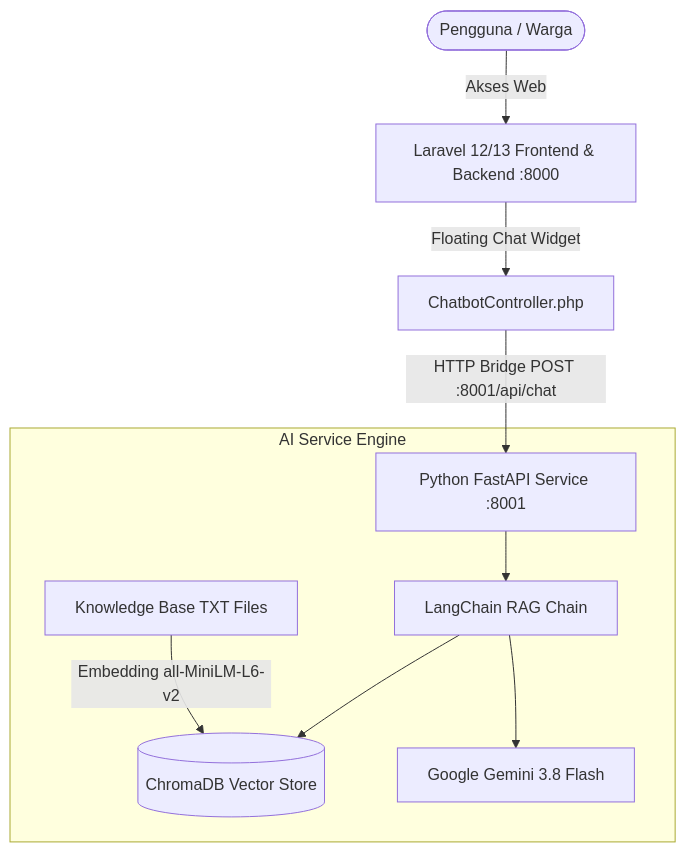
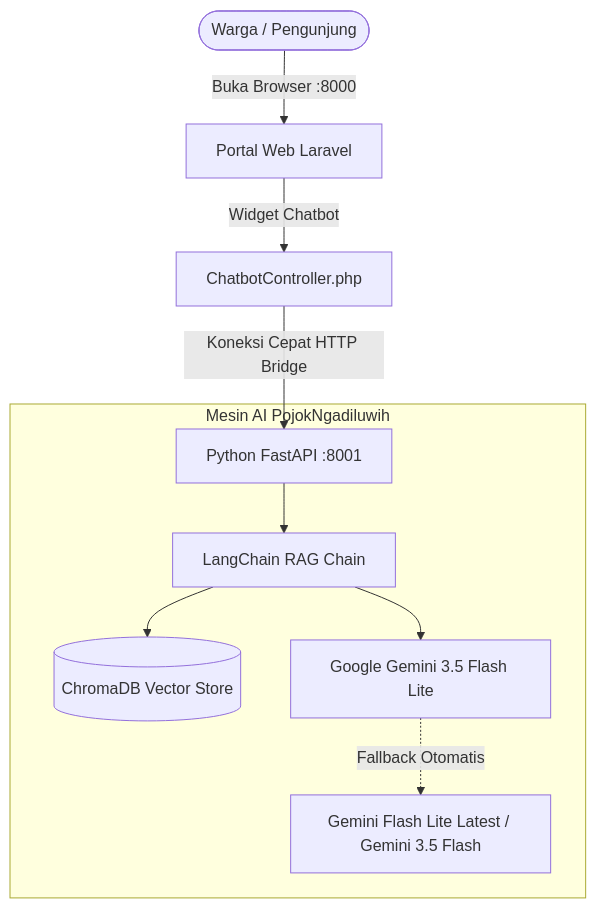
One commit to iqbalDt/pojokngadiluwih changed the diagram in DOKUMENTASI_PROYEK.md. Above: the diagram before and after it, drawn with Mermaid. The commit also changed other lines of this file and 5 other files, not shown here.

Commit message:
fix: optimize ai chatbot response speed, add gemini fallback, and update docs

````diff
--- a/DOKUMENTASI_PROYEK.md
+++ b/DOKUMENTASI_PROYEK.md
@@ -18,13 +62,13 @@
 ```mermaid
 graph TD
-    User([Pengguna / Warga]) -->|Akses Web| LaravelApp[Laravel 12/13 Frontend & Backend :8000]
-    LaravelApp -->|Floating Chat Widget| ChatbotCtrl[ChatbotController.php]
-    ChatbotCtrl -->|HTTP Bridge POST :8001/api/chat| FastAPIService[Python FastAPI Service :8001]
+    User([Warga / Pengunjung]) -->|Buka Browser :8000| WebUI[Portal Web Laravel]
+    WebUI -->|Widget Chatbot| Controller[ChatbotController.php]
+    Controller -->|Koneksi Cepat HTTP Bridge| AIService[Python FastAPI :8001]
     
-    subgraph AI Service Engine
-        FastAPIService --> RAGChain[LangChain RAG Chain]
-        RAGChain --> ChromaDB[(ChromaDB Vector Store)]
-        RAGChain --> GeminiAPI[Google Gemini 3.8 Flash]
-        KnowledgeBase[Knowledge Base TXT Files] -->|Embedding all-MiniLM-L6-v2| ChromaDB
+    subgraph Mesin AI PojokNgadiluwih
+        AIService --> RAG[LangChain RAG Chain]
+        RAG --> Chroma[(ChromaDB Vector Store)]
+        RAG --> LLM[Google Gemini 3.5 Flash Lite]
+        LLM -.->|Fallback Otomatis| BackupLLM[Gemini Flash Lite Latest / Gemini 3.5 Flash]
     end
 ```
````
